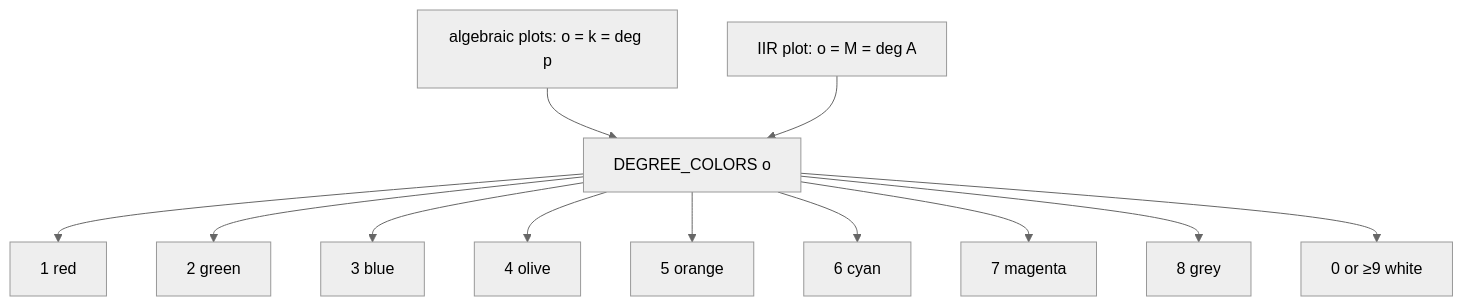
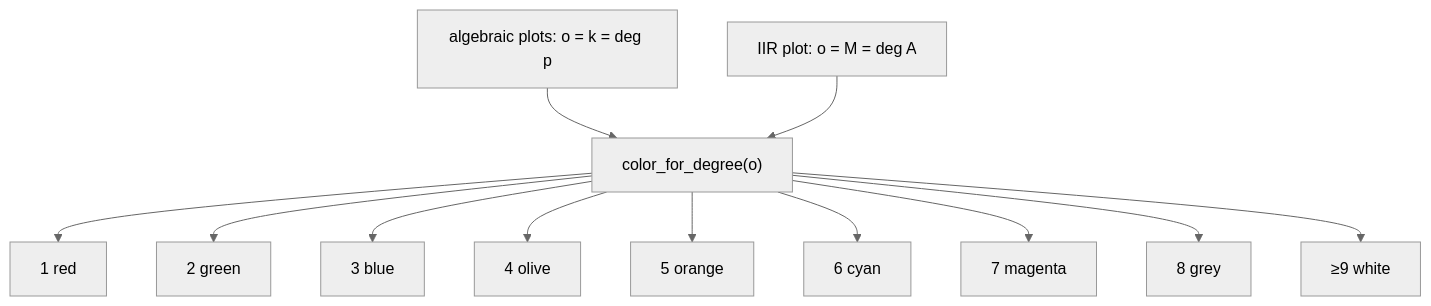
Before and after one commit to ST-48-1240162/Constellatio-Numerorum: the diagram in README.md, drawn with Mermaid (neutral theme). The commit also changed other lines of this file and 19 other files, not shown here.

````diff
--- a/README.md
+++ b/README.md
@@ -27,16 +26,16 @@
 ```mermaid
 flowchart TD
   alg["algebraic plots: o = k = deg p"]
   iir["IIR plot: o = M = deg A"]
-  alg --> lut["DEGREE_COLORS o"]
+  alg --> lut["color_for_degree(o)"]
   iir --> lut
   lut --> c1["1 red"]
   lut --> c2["2 green"]
   lut --> c3["3 blue"]
   lut --> c4["4 olive"]
   lut --> c5["5 orange"]
   lut --> c6["6 cyan"]
   lut --> c7["7 magenta"]
   lut --> c8["8 grey"]
-  lut --> c9["0 or ≥9 white"]
+  lut --> c9["≥9 white"]
 ```
````
